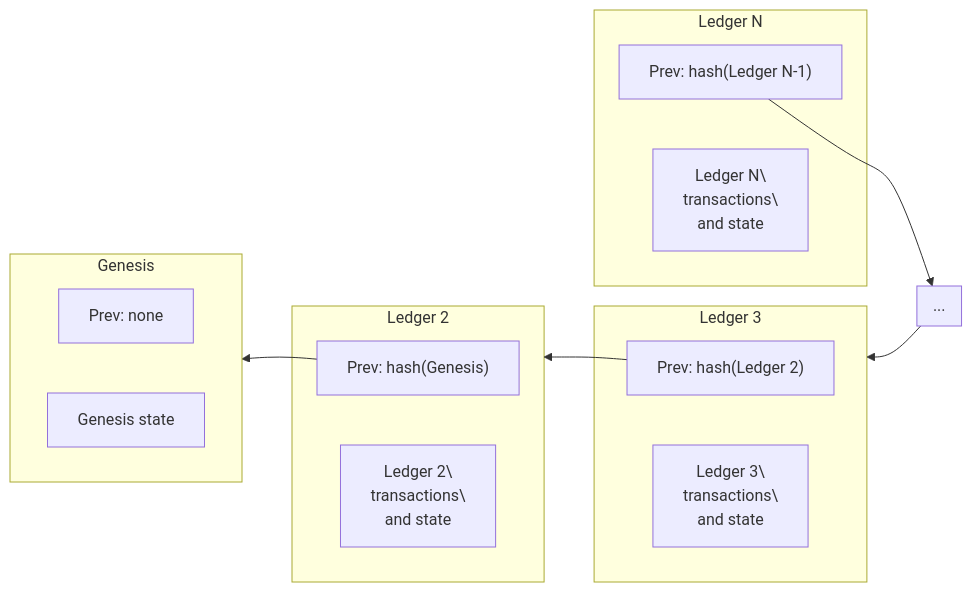
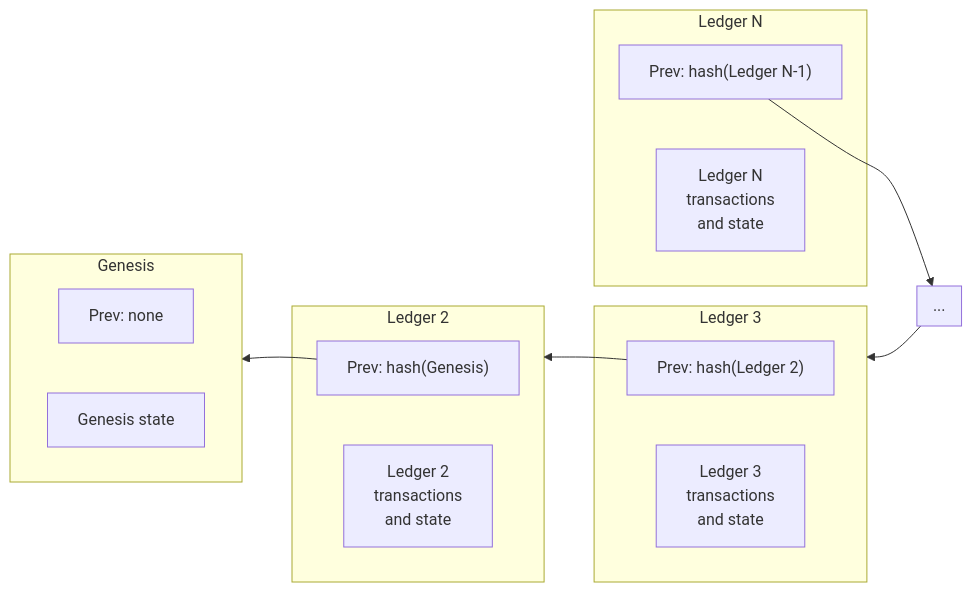
Before and after one commit to stellar/stellar-docs: the diagram in docs/learn/fundamentals/stellar-data-structures/ledgers/headers.mdx, drawn with Mermaid.

Commit message:
📊 Fix Mermaid ledger line breaks

````diff
--- a/docs/learn/fundamentals/stellar-data-structures/ledgers/headers.mdx
+++ b/docs/learn/fundamentals/stellar-data-structures/ledgers/headers.mdx
@@ -12,32 +12,32 @@
 ```mermaid
 flowchart RL
     subgraph genesis["Genesis"]
         direction LR
         prev1["Prev: none"]
         state1["Genesis state"]
     end
 
     subgraph block2["Ledger 2"]
         prev2["Prev: hash(Genesis)"]
-        state2["Ledger 2\\ntransactions\\nand state"]
+        state2["Ledger 2<br/>transactions<br/>and state"]
     end
 
     subgraph block3["Ledger 3"]
         prev3["Prev: hash(Ledger 2)"]
-        state3["Ledger 3\\ntransactions\\nand state"]
+        state3["Ledger 3<br/>transactions<br/>and state"]
     end
 
     subgraph dotdot["..."]
     end
 
     subgraph blockN["Ledger N"]
         prevN["Prev: hash(Ledger N-1)"]
-        stateN["Ledger N\\ntransactions\\nand state"]
+        stateN["Ledger N<br/>transactions<br/>and state"]
     end
 
     genesis ~~~ block2 ~~~ block3 ~~~ dotdot ~~~ blockN
     prev2 --> genesis
     prev3 --> block2
     dotdot --> block3
     prevN --> dotdot
 ```
````
